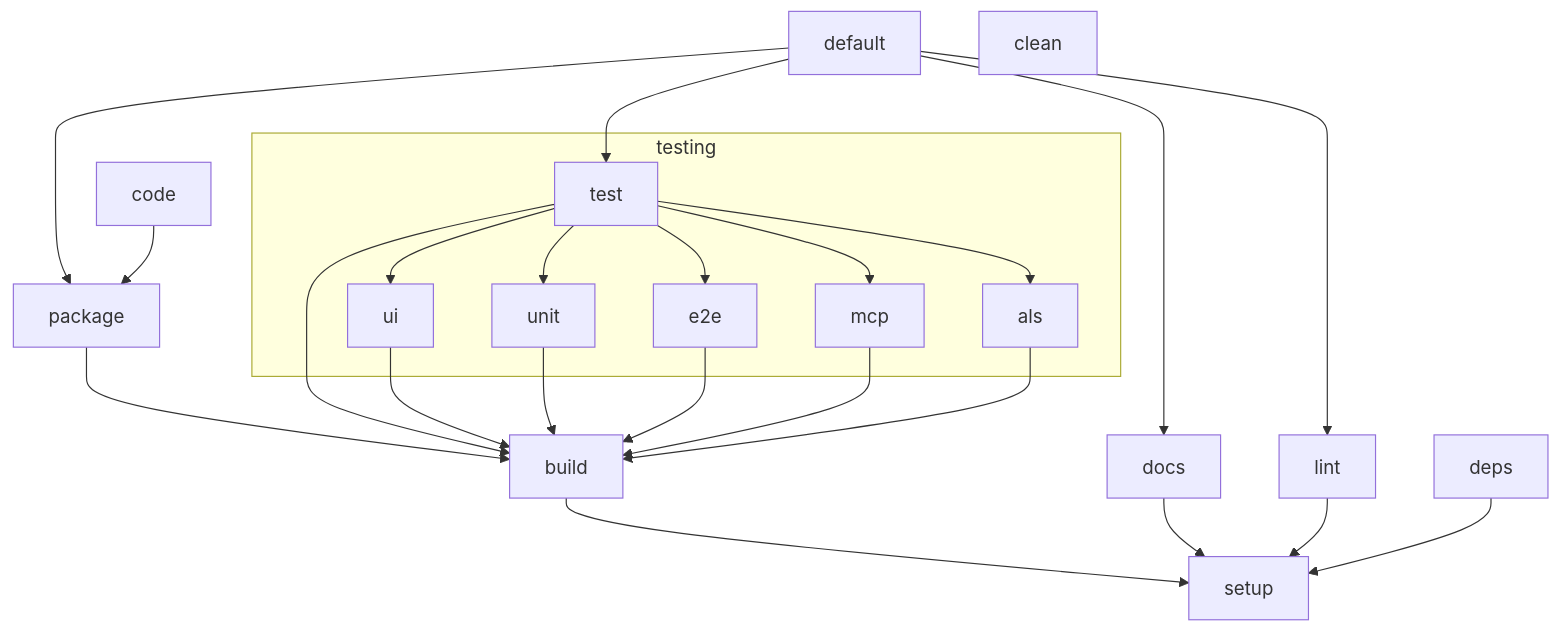
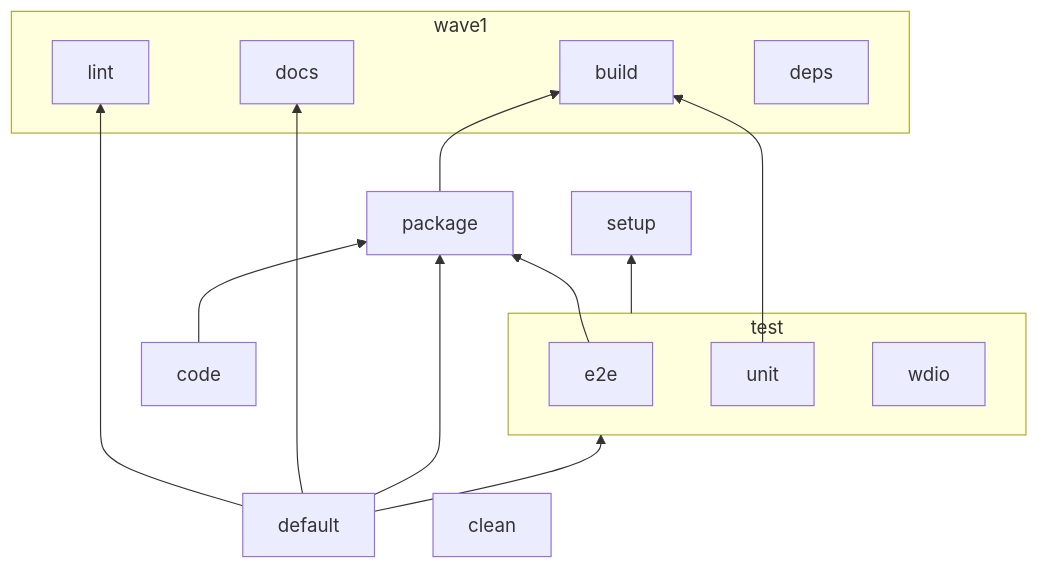
One commit to ansible/vscode-ansible changed the diagram in docs/development/index.md. Above: the diagram before and after it, drawn with Mermaid. The commit also changed 7 other files, not shown here.

````diff
--- a/docs/development/index.md
+++ b/docs/development/index.md
@@ -22,34 +22,31 @@
 ``` mermaid
-flowchart TD
-    build --> setup
-    docs --> setup
+flowchart BT
+
+    subgraph wave1
+      lint
+      build
+      docs
+      deps
+    end
+
+    subgraph test
+      e2e
+      unit
+      wdio
+    end
+
+    docs
+    test --> setup
     package --> build
-    test --> build
-    test --> ui
-    test --> e2e
-    test --> mcp
-    test --> unit
-    test --> als
     default --> lint
     default --> docs
     default --> package
     default --> test
-    lint --> setup
     clean
     code --> package
-    deps --> setup
-    ui --> build
     unit --> build
-    e2e --> build
-    mcp --> build
-    als --> build
+    e2e --> package
 
-    subgraph testing
-      test
-      mcp
-      ui
-      e2e
-      unit
-      als
-    end
+
+
 ```
````
